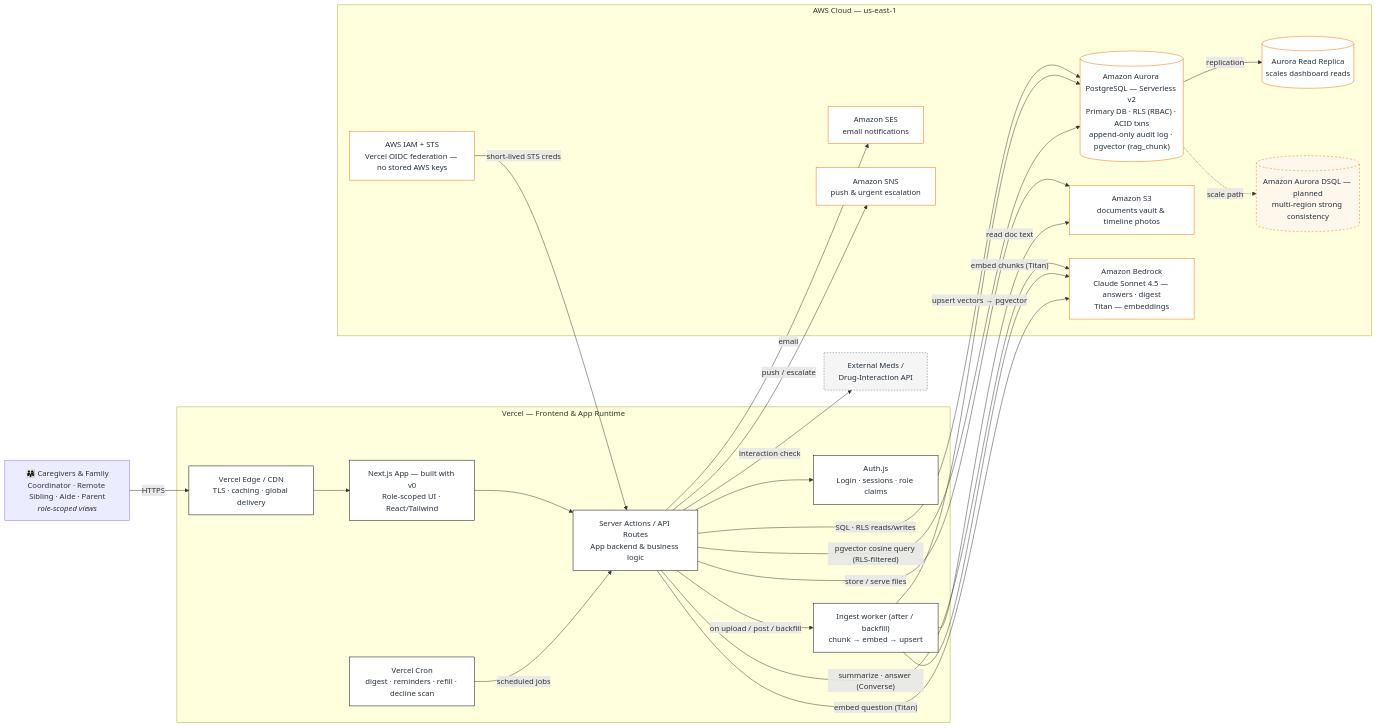
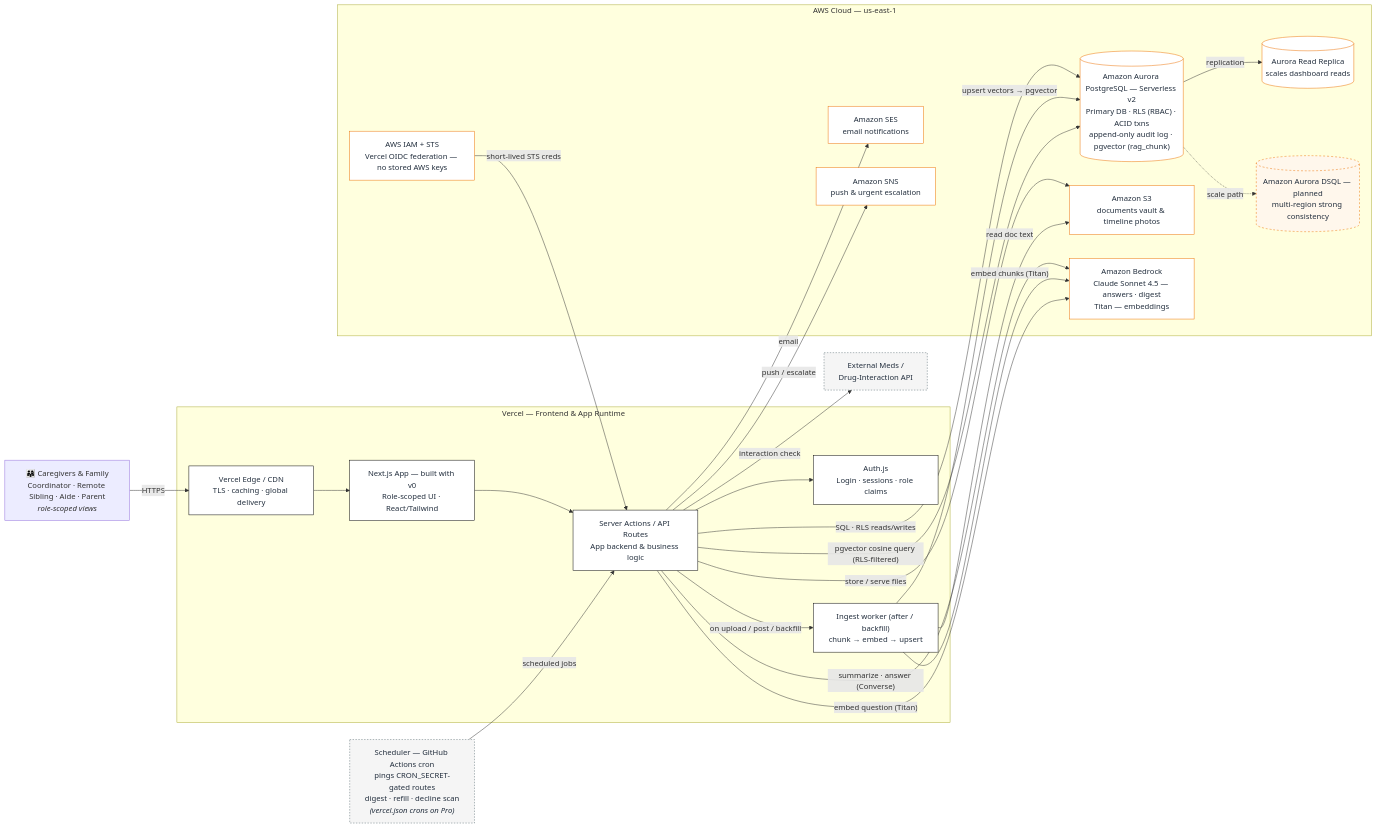
One commit to rogerjeasy/carecircle changed the diagram in docs/architecture.md. Above: the diagram before and after it, drawn with Mermaid. The commit also changed other lines of this file and 1 other file, not shown here.

````diff
--- a/docs/architecture.md
+++ b/docs/architecture.md
@@ -15,57 +15,58 @@
 ```mermaid
 flowchart LR
   classDef aws fill:#FFFFFF,stroke:#ED7100,stroke-width:1px,color:#232F3E;
   classDef vercel fill:#FFFFFF,stroke:#000000,stroke-width:1px,color:#232F3E;
   classDef ext fill:#F5F5F5,stroke:#5A6C72,stroke-dasharray:3 3,color:#232F3E;
   classDef planned fill:#FFF7EC,stroke:#ED7100,stroke-dasharray:4 4,color:#232F3E;
 
   U["👨‍👩‍👧 Caregivers & Family<br/>Coordinator · Remote Sibling · Aide · Parent<br/><i>role-scoped views</i>"]
 
   subgraph VERCEL["Vercel — Frontend & App Runtime"]
     EDGE["Vercel Edge / CDN<br/>TLS · caching · global delivery"]
     UI["Next.js App — built with v0<br/>Role-scoped UI · React/Tailwind"]
     API["Server Actions / API Routes<br/>App backend & business logic"]
     AUTH["Auth.js<br/>Login · sessions · role claims"]
-    CRON["Vercel Cron<br/>digest · reminders · refill · decline scan"]
     INGEST["Ingest worker (after / backfill)<br/>chunk → embed → upsert"]
   end
+
+  CRON["Scheduler — GitHub Actions cron<br/>pings CRON_SECRET-gated routes<br/>digest · refill · decline scan<br/><i>(vercel.json crons on Pro)</i>"]
 
   subgraph AWS["AWS Cloud — us-east-1"]
     AUR[("Amazon Aurora PostgreSQL — Serverless v2<br/>Primary DB · RLS (RBAC) · ACID txns<br/>append-only audit log · pgvector (rag_chunk)")]
     REP[("Aurora Read Replica<br/>scales dashboard reads")]
     S3["Amazon S3<br/>documents vault & timeline photos"]
     BR["Amazon Bedrock<br/>Claude Sonnet 4.5 — answers · digest<br/>Titan — embeddings"]
     SES["Amazon SES<br/>email notifications"]
     SNS["Amazon SNS<br/>push & urgent escalation"]
     SEC["AWS IAM + STS<br/>Vercel OIDC federation — no stored AWS keys"]
     DSQL[("Amazon Aurora DSQL — planned<br/>multi-region strong consistency")]
   end
 
   MEDS["External Meds /<br/>Drug-Interaction API"]
 
   U -->|HTTPS| EDGE --> UI --> API
   API --> AUTH
   API -->|"SQL · RLS reads/writes"| AUR
   AUR -->|replication| REP
   API -->|store / serve files| S3
   API -->|"summarize · answer (Converse)"| BR
   API -->|email| SES
   API -->|push / escalate| SNS
   SEC -->|short-lived STS creds| API
   CRON -->|scheduled jobs| API
   API -->|interaction check| MEDS
   AUR -.->|scale path| DSQL
 
   %% --- RAG ingestion + retrieval (all on AWS, vectors inside Aurora) ---
   API -->|"on upload / post / backfill"| INGEST
   INGEST -->|"read doc text"| S3
   INGEST -->|"embed chunks (Titan)"| BR
   INGEST -->|"upsert vectors → pgvector"| AUR
   API -->|"embed question (Titan)"| BR
   API -->|"pgvector cosine query (RLS-filtered)"| AUR
 
   class AUR,REP,S3,BR,SES,SNS,SEC aws;
   class DSQL planned;
-  class EDGE,UI,API,AUTH,CRON,INGEST vercel;
-  class MEDS ext;
+  class EDGE,UI,API,AUTH,INGEST vercel;
+  class MEDS,CRON ext;
 ```
````
